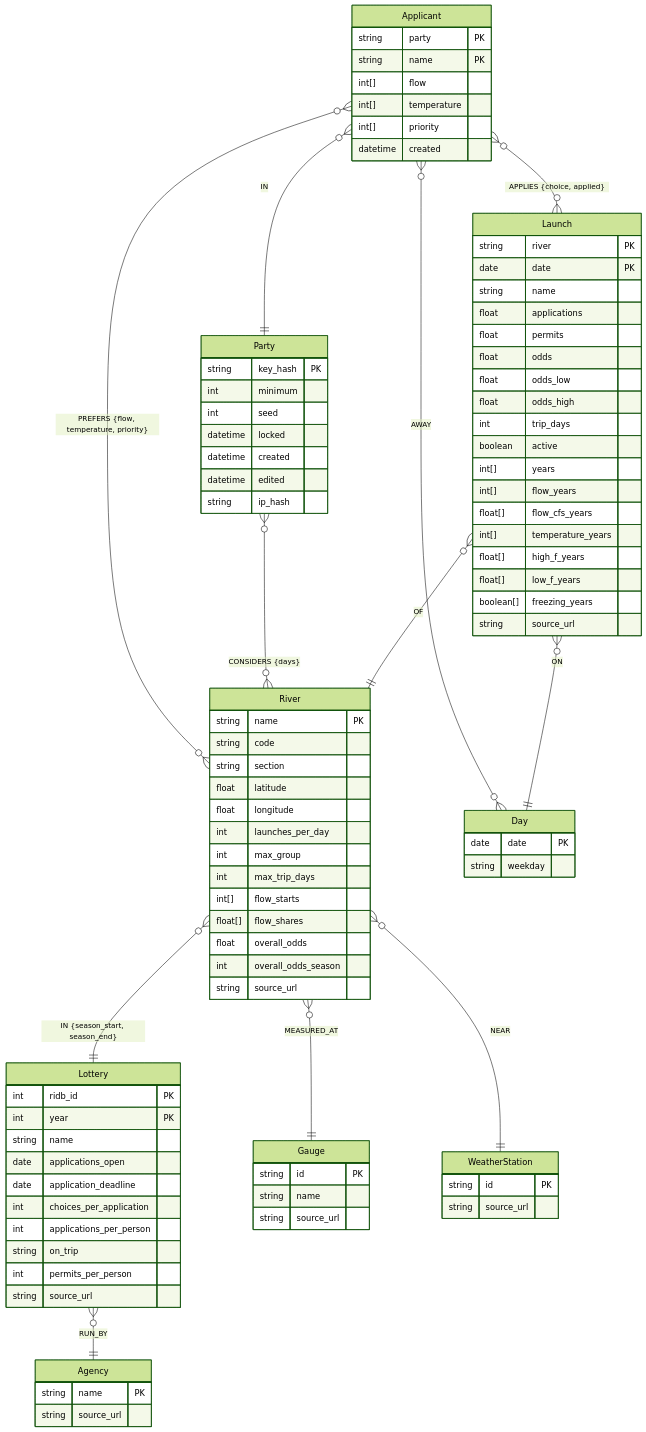
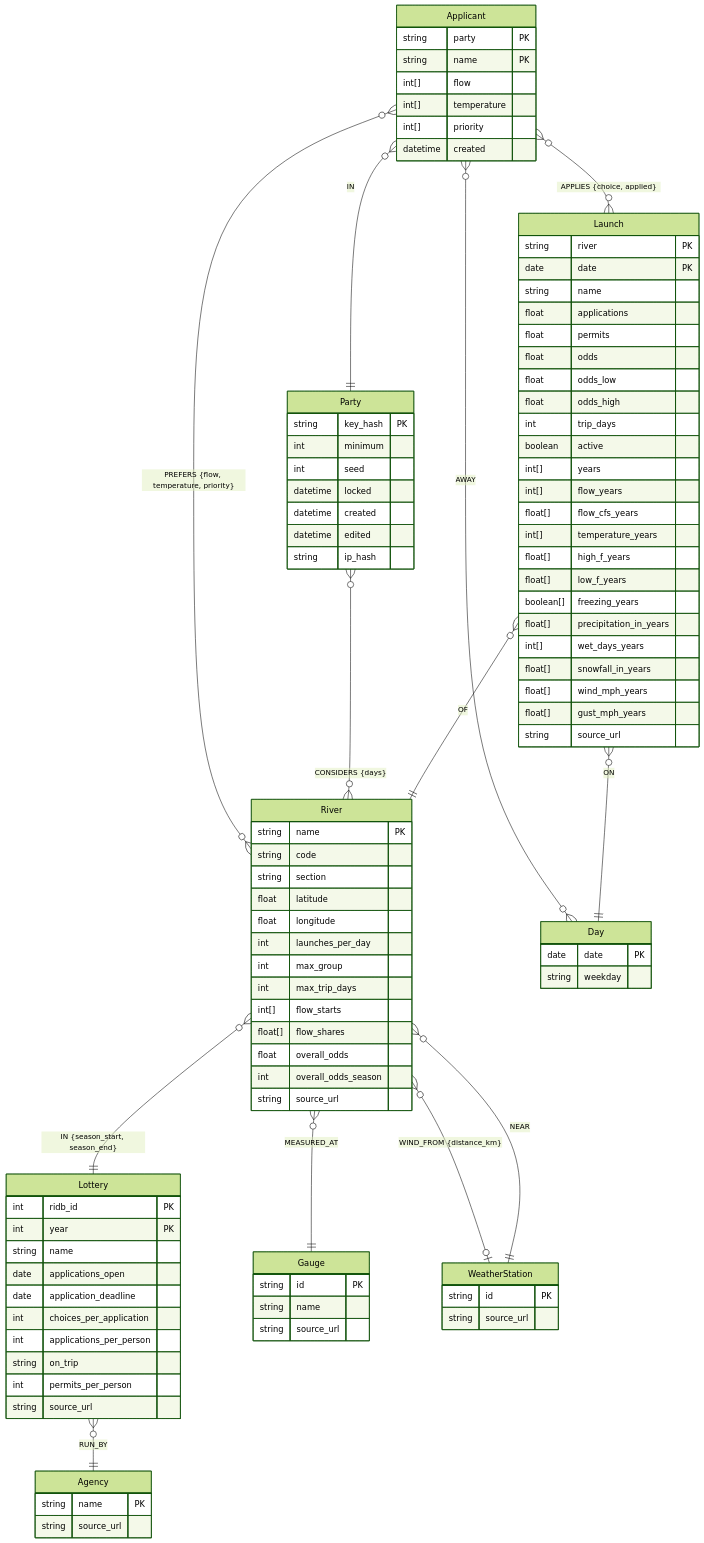
The diagram in src/max_float/graph/README.md (gen-omix/max-float), drawn with Mermaid (forest theme) before and after one commit. The commit also changed other lines of this file and 12 other files, not shown here.

```diff
--- a/src/max_float/graph/README.md
+++ b/src/max_float/graph/README.md
@@ -78,6 +78,11 @@
     float[] high_f_years
     float[] low_f_years
     boolean[] freezing_years
+    float[] precipitation_in_years
+    int[] wet_days_years
+    float[] snowfall_in_years
+    float[] wind_mph_years
+    float[] gust_mph_years
     string source_url
   }
   Party {
@@ -101,6 +106,7 @@
   Lottery }o--|| Agency : "RUN_BY"
   River }o--|| Gauge : "MEASURED_AT"
   River }o--|| WeatherStation : "NEAR"
+  River }o--o| WeatherStation : "WIND_FROM {distance_km}"
   Launch }o--|| River : "OF"
   Launch }o--|| Day : "ON"
   Applicant }o--|| Party : "IN"
```
